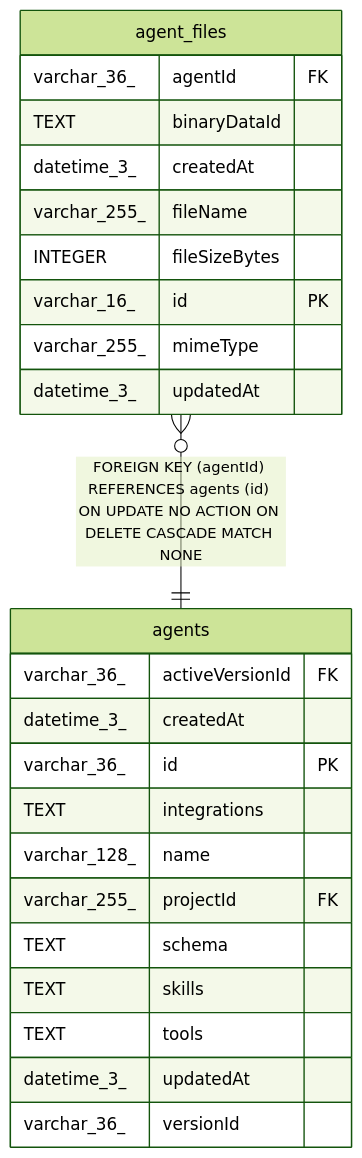
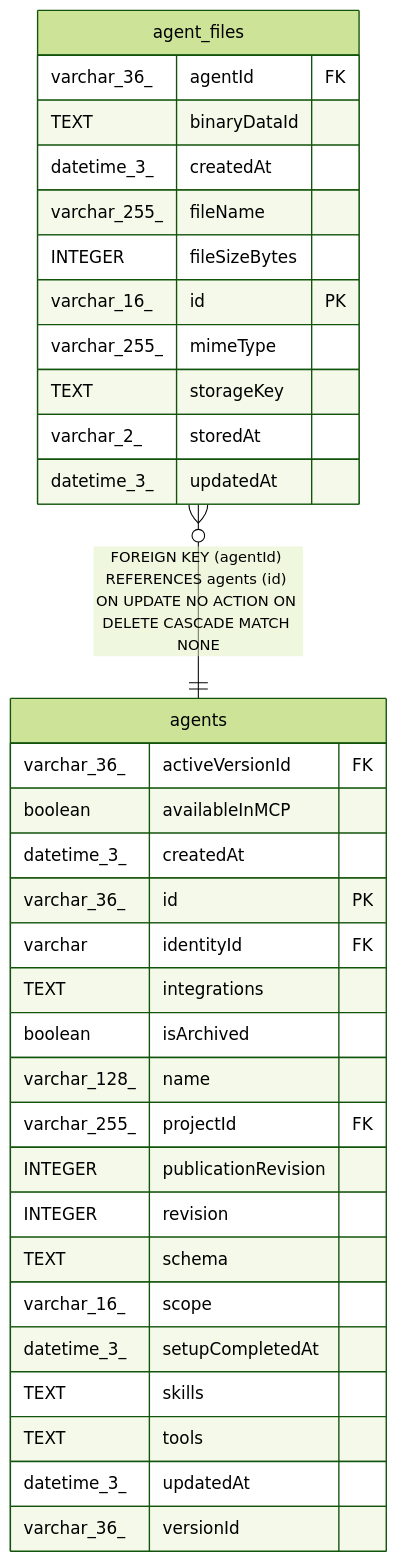
The diagram in n8n_integration/n8n_source/docs/generated/sqlite-schema/agent_files.md (koreatest12/studys), drawn with Mermaid (forest theme) before and after one commit. The commit also changed other lines of this file and 23019 other files, not shown here.

````diff
--- a/n8n_integration/n8n_source/docs/generated/sqlite-schema/agent_files.md
+++ b/n8n_integration/n8n_source/docs/generated/sqlite-schema/agent_files.md
@@ -46,29 +49,38 @@
 ```mermaid
 erDiagram
 
 "agent_files" }o--|| "agents" : "FOREIGN KEY (agentId) REFERENCES agents (id) ON UPDATE NO ACTION ON DELETE CASCADE MATCH NONE"
 
 "agent_files" {
   varchar_36_ agentId FK
   TEXT binaryDataId
   datetime_3_ createdAt
   varchar_255_ fileName
   INTEGER fileSizeBytes
   varchar_16_ id PK
   varchar_255_ mimeType
+  TEXT storageKey
+  varchar_2_ storedAt
   datetime_3_ updatedAt
 }
 "agents" {
   varchar_36_ activeVersionId FK
+  boolean availableInMCP
   datetime_3_ createdAt
   varchar_36_ id PK
+  varchar identityId FK
   TEXT integrations
+  boolean isArchived
   varchar_128_ name
   varchar_255_ projectId FK
+  INTEGER publicationRevision
+  INTEGER revision
   TEXT schema
+  varchar_16_ scope
+  datetime_3_ setupCompletedAt
   TEXT skills
   TEXT tools
   datetime_3_ updatedAt
   varchar_36_ versionId
 }
 ```
````
